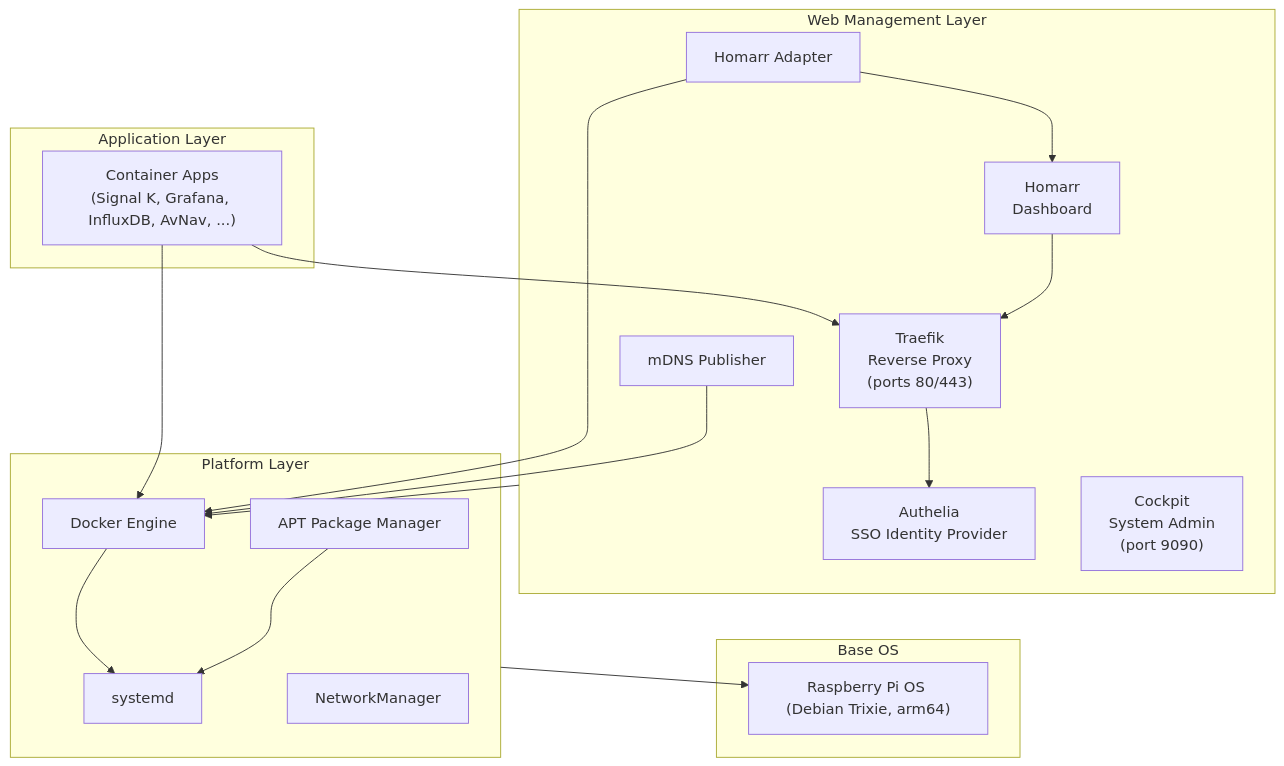
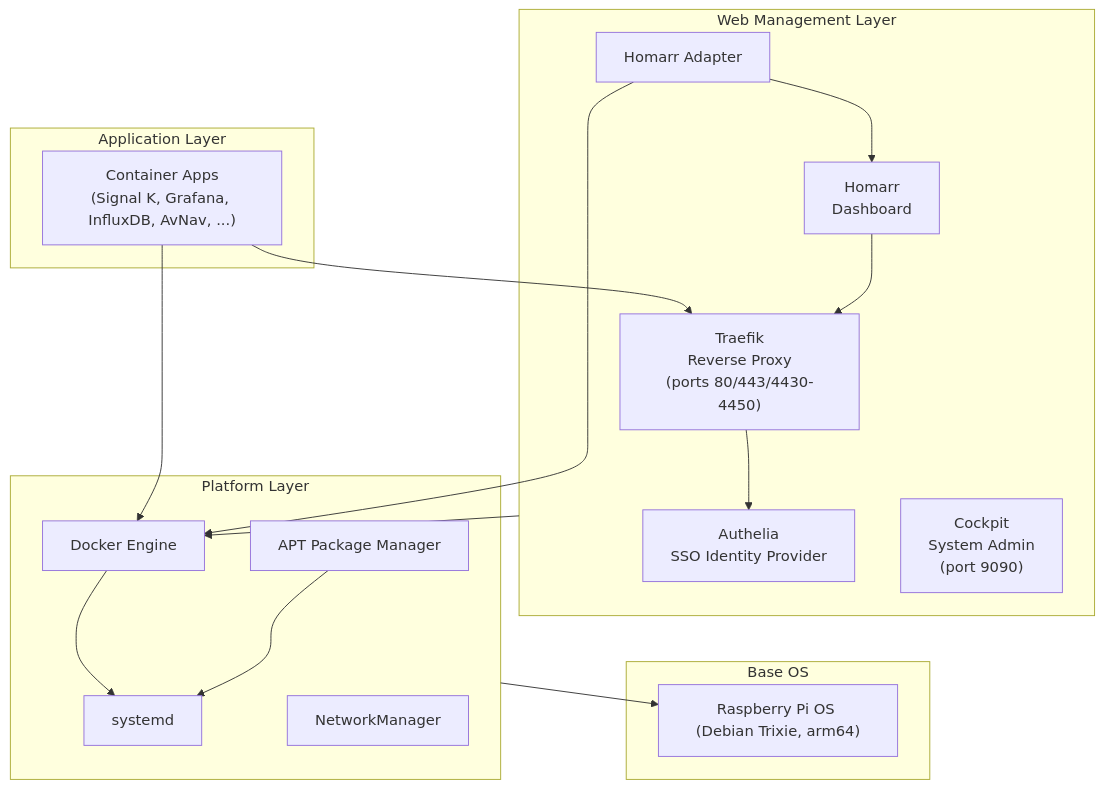
The first of 2 diagrams in docs/architecture/overview.md (halos-org/docs), drawn with Mermaid before and after one commit. The commit also changed other lines of this file and 2 other files, not shown here.

First line of the commit message:
docs(architecture): update for port-based routing

````diff
--- a/docs/architecture/overview.md
+++ b/docs/architecture/overview.md
@@ -20,38 +20,36 @@
 ```mermaid
 graph TB
     subgraph L4["Application Layer"]
         Apps["Container Apps<br/>(Signal K, Grafana, InfluxDB, AvNav, ...)"]
     end
 
     subgraph L3["Web Management Layer"]
-        Traefik["Traefik<br/>Reverse Proxy<br/>(ports 80/443)"]
+        Traefik["Traefik<br/>Reverse Proxy<br/>(ports 80/443/4430-4450)"]
         Authelia["Authelia<br/>SSO Identity Provider"]
         Homarr["Homarr<br/>Dashboard"]
         Cockpit["Cockpit<br/>System Admin<br/>(port 9090)"]
-        mDNS["mDNS Publisher"]
         Adapter["Homarr Adapter"]
     end
 
     subgraph L2["Platform Layer"]
         Docker["Docker Engine"]
         Systemd["systemd"]
         APT["APT Package Manager"]
         NM["NetworkManager"]
     end
 
     subgraph L1["Base OS"]
         RPiOS["Raspberry Pi OS (Debian Trixie, arm64)"]
     end
 
     Apps --> Traefik
     Apps --> Docker
     Traefik --> Authelia
     Homarr --> Traefik
     Adapter --> Homarr
     Adapter --> Docker
-    mDNS --> Docker
     L3 --> Docker
     Docker --> Systemd
     APT --> Systemd
     L2 --> RPiOS
 ```
````
